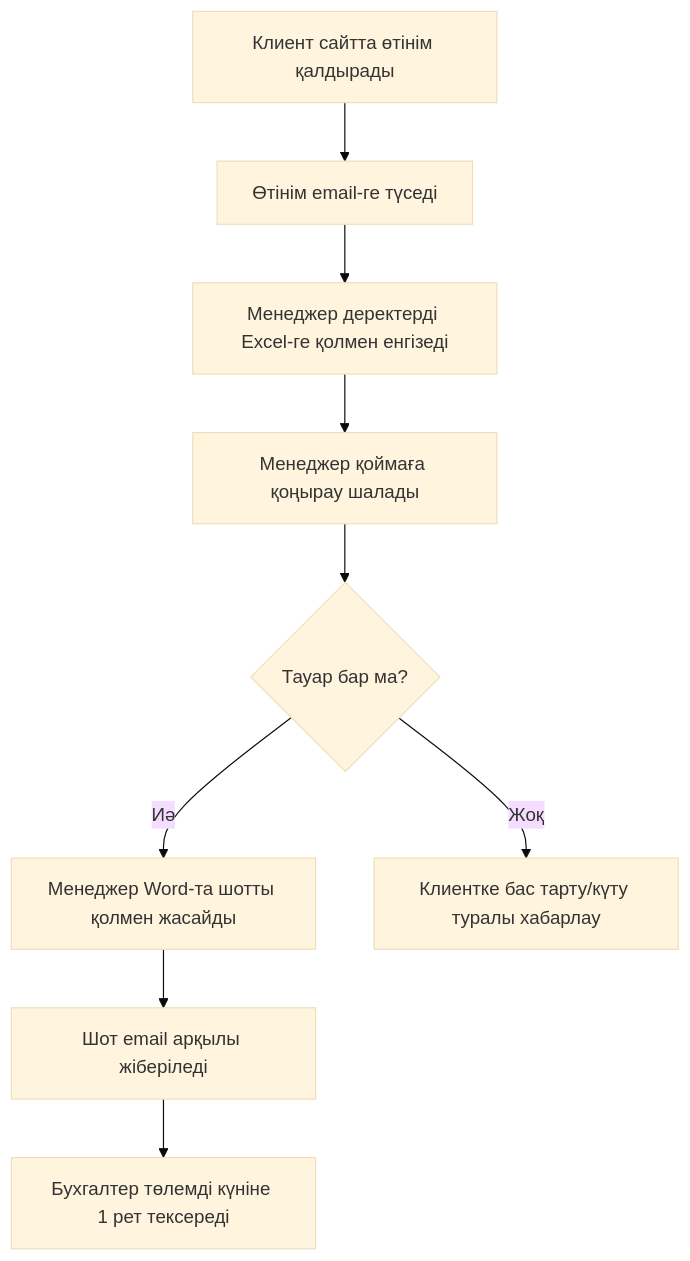
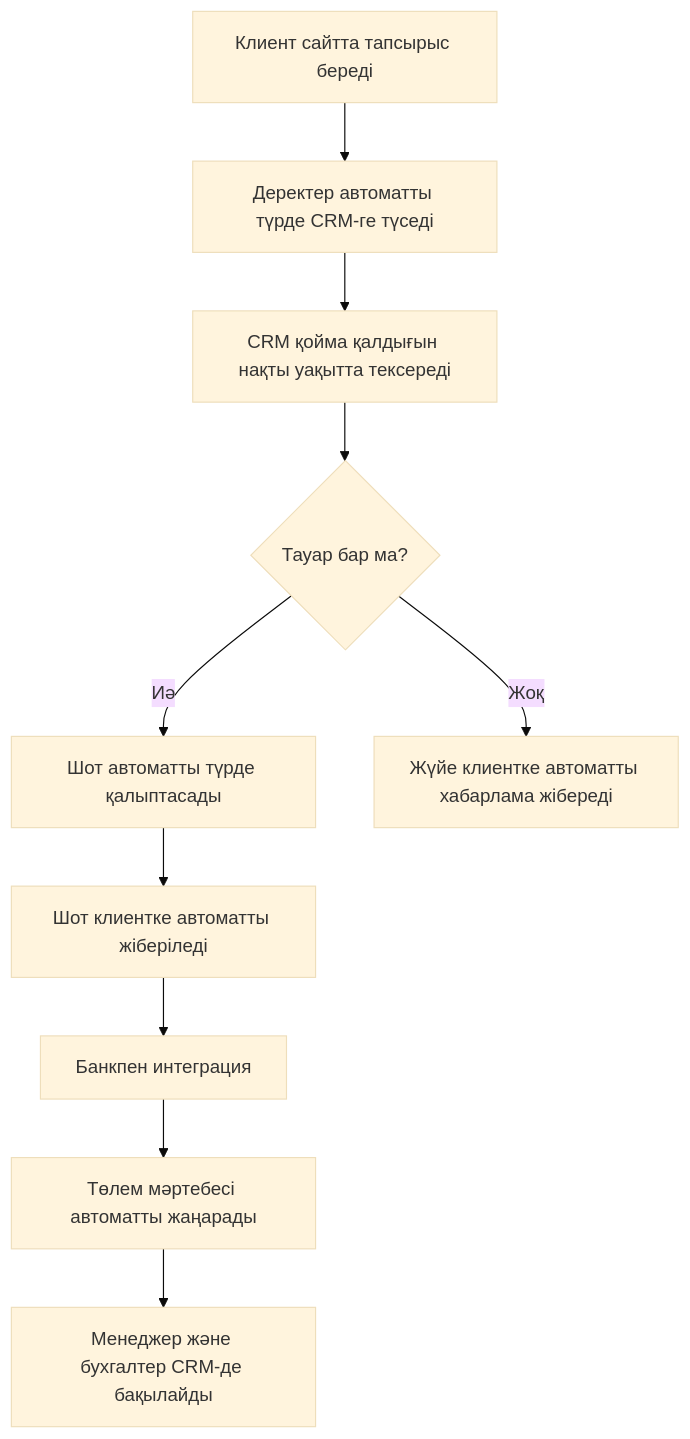
Before and after one commit to thuki7646-spec/as-is-to-be: the diagram in README.md, drawn with Mermaid (base theme).

````diff
--- a/README.md
+++ b/README.md
@@ -1,11 +1,12 @@
 ```mermaid
 flowchart TD
-    A[Клиент сайтта өтінім қалдырады] --> B[Өтінім email-ге түседі]
-    B --> C[Менеджер деректерді Excel-ге қолмен енгізеді]
-    C --> D[Менеджер қоймаға қоңырау шалады]
-    D --> E{Тауар бар ма?}
-    E -- Иә --> F[Менеджер Word-та шотты қолмен жасайды]
-    E -- Жоқ --> G[Клиентке бас тарту/күту туралы хабарлау]
-    F --> H[Шот email арқылы жіберіледі]
-    H --> I[Бухгалтер төлемді күніне 1 рет тексереді]
+    A[Клиент сайтта тапсырыс береді] --> B[Деректер автоматты түрде CRM-ге түседі]
+    B --> C[CRM қойма қалдығын нақты уақытта тексереді]
+    C --> D{Тауар бар ма?}
+    D -- Иә --> E[Шот автоматты түрде қалыптасады]
+    E --> F[Шот клиентке автоматты жіберіледі]
+    F --> G[Банкпен интеграция]
+    G --> H[Төлем мәртебесі автоматты жаңарады]
+    H --> I[Менеджер және бухгалтер CRM-де бақылайды]
+    D -- Жоқ --> J[Жүйе клиентке автоматты хабарлама жібереді]
 ```
````
